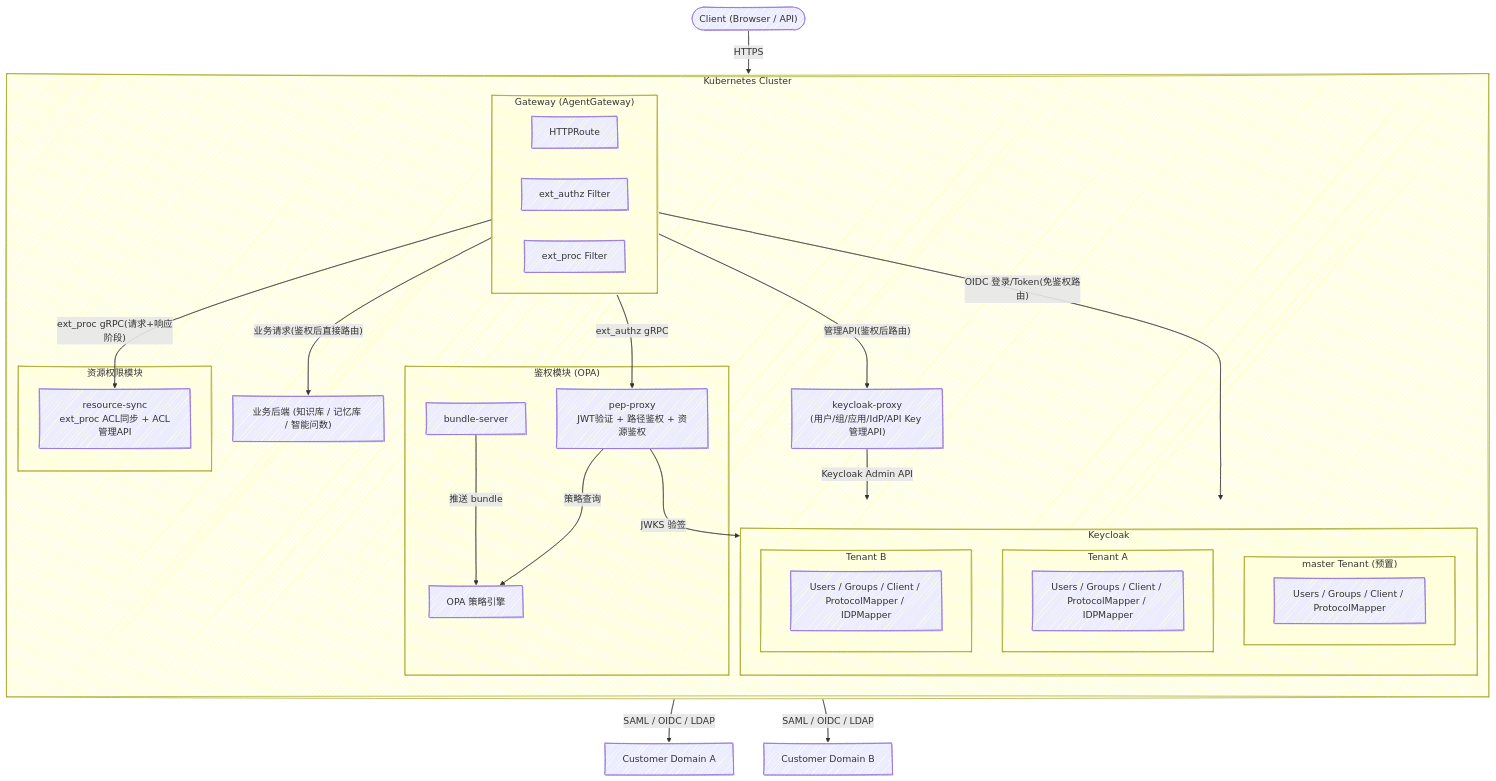
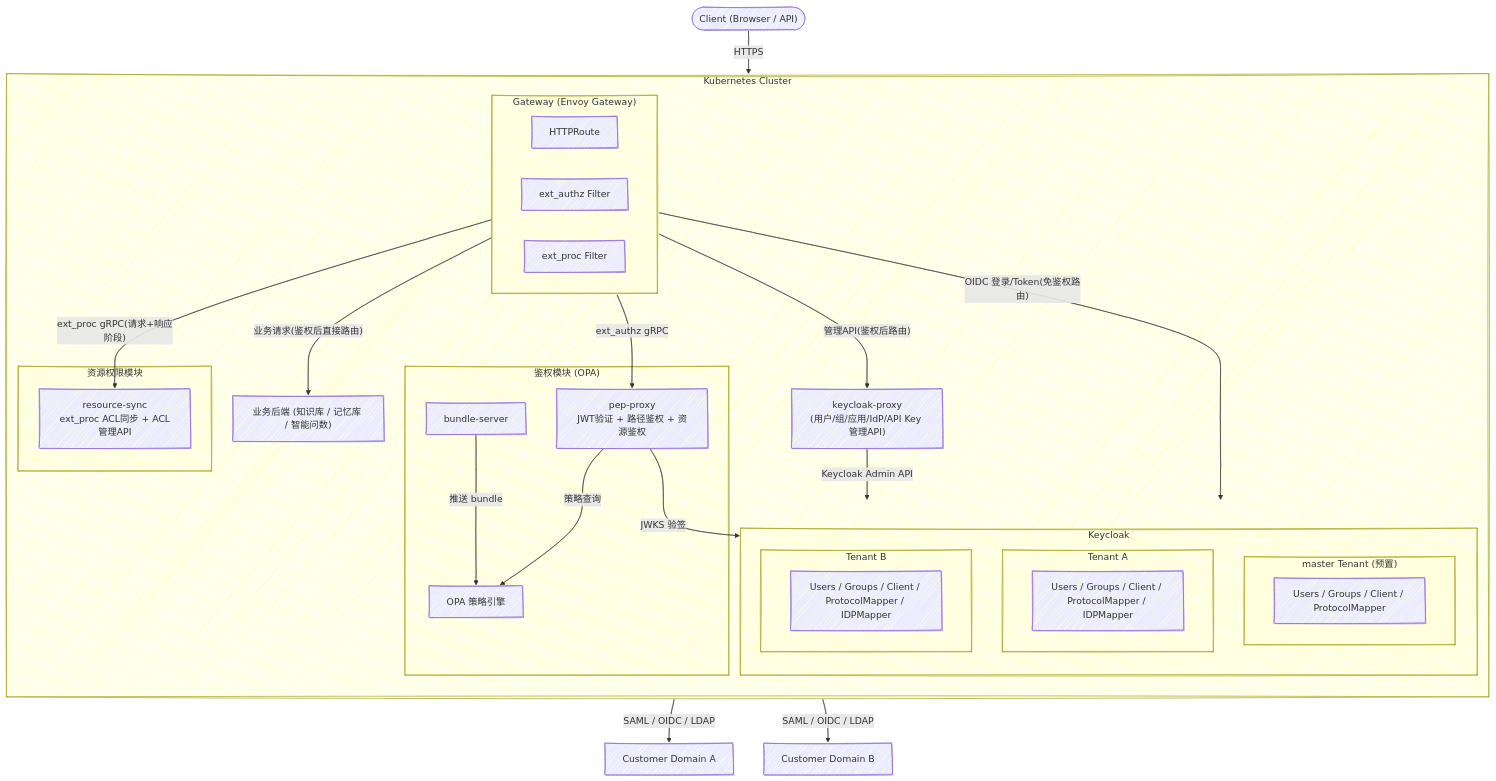
The seventh of 17 diagrams in da-cluster/docs/design-specification.md (xiewanchao/aidp-iam), drawn with Mermaid before and after one commit. The commit also changed other lines of this file and 47 other files, not shown here.

First line of the commit message:
feat: migrate gateway from AgentGateway to Envoy Gateway v1.7.0

````diff
--- a/da-cluster/docs/design-specification.md
+++ b/da-cluster/docs/design-specification.md
@@ -396,56 +396,56 @@
 ```mermaid
 ---
 config:
   theme: default
   look: handDrawn
 ---
 flowchart TB
- subgraph GW["Gateway (AgentGateway)"]
+ subgraph GW["Gateway (Envoy Gateway)"]
         HTTPRoute["HTTPRoute"]
         ExtAuth["ext_authz Filter"]
         ExtProc["ext_proc Filter"]
   end
  subgraph master["master Tenant (预置)"]
         m_entity["Users / Groups / Client / ProtocolMapper"]
   end
  subgraph tA["Tenant A"]
         a_entity["Users / Groups / Client / ProtocolMapper / IDPMapper"]
   end
  subgraph tB["Tenant B"]
         b_entity["Users / Groups / Client / ProtocolMapper / IDPMapper"]
   end
  subgraph KC["Keycloak"]
         master
         tA
         tB
   end
  subgraph OPA_MOD["鉴权模块 (OPA)"]
         pep_proxy["pep-proxy<br/>JWT验证 + 路径鉴权 + 资源鉴权"]
         bundle_server["bundle-server"]
         opa["OPA 策略引擎"]
   end
  subgraph RS_MOD["资源权限模块"]
         rsync["resource-sync<br/>ext_proc ACL同步 + ACL管理API"]
   end
  subgraph K8s["Kubernetes Cluster"]
     direction TB
         GW
         KC
         OPA_MOD
         RS_MOD
         kc_proxy["keycloak-proxy<br/>(用户/组/应用/IdP/API Key 管理API)"]
         biz["业务后端 (知识库 / 记忆库 / 智能问数)"]
   end
     Client(["Client (Browser / API)"]) -- "HTTPS" --> GW
     GW -- "OIDC 登录/Token(免鉴权路由)" --> KC
     GW -- "ext_authz gRPC" --> pep_proxy
     GW -- "ext_proc gRPC(请求+响应阶段)" --> rsync
     GW -- "管理API(鉴权后路由)" --> kc_proxy
     GW -- "业务请求(鉴权后直接路由)" --> biz
     kc_proxy -- "Keycloak Admin API" --> KC
     pep_proxy -- "策略查询" --> opa
     pep_proxy -- "JWKS 验签" --> KC
     bundle_server -- "推送 bundle" --> opa
     tA -- "SAML / OIDC / LDAP" --> domainA["Customer Domain A"]
     tB -- "SAML / OIDC / LDAP" --> domainB["Customer Domain B"]
 ```
````
